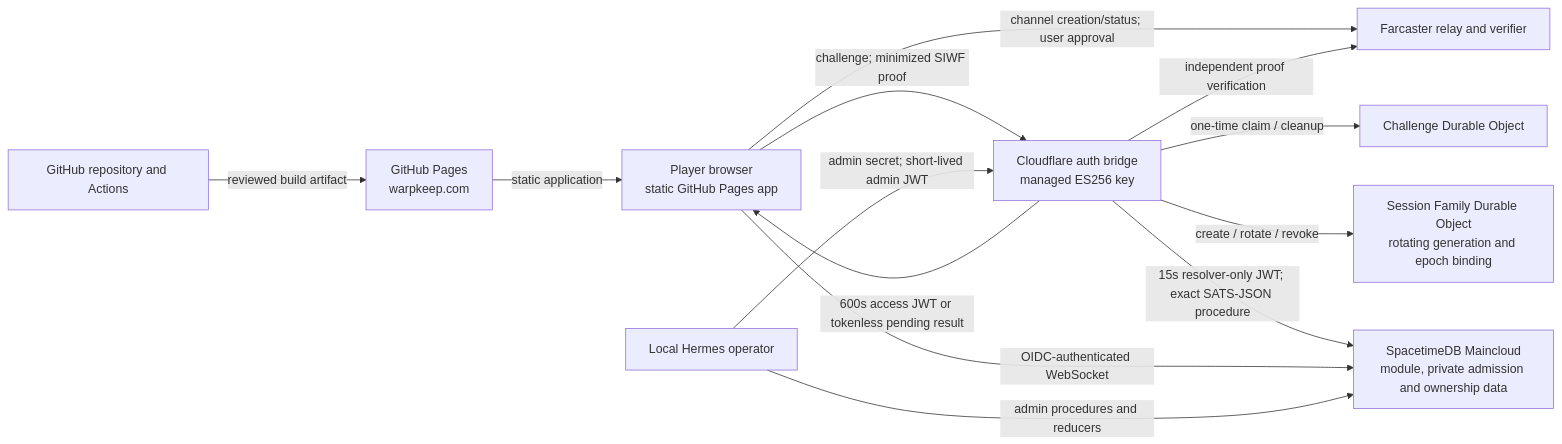
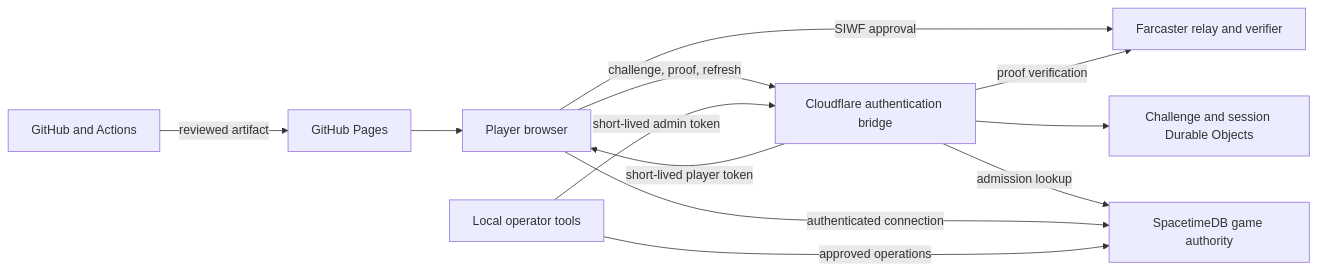
One commit to ael-dev3/Warpkeep changed the diagram in docs/security/threat-model.md. Above: the diagram before and after it, drawn with Mermaid. The commit also changed other lines of this file and 468 other files, not shown here.

````diff
--- a/docs/security/threat-model.md
+++ b/docs/security/threat-model.md
@@ -83,25 +19,23 @@
 ```mermaid
 flowchart LR
-  Browser["Player browser\nstatic GitHub Pages app"]
+  Browser["Player browser"]
   Farcaster["Farcaster relay and verifier"]
-  Bridge["Cloudflare auth bridge\nmanaged ES256 key"]
-  Guard["Challenge Durable Object"]
-  Family["Session Family Durable Object\nrotating generation and epoch binding"]
-  STDB["SpacetimeDB Maincloud\nmodule, private admission and ownership data"]
-  Hermes["Local Hermes operator"]
-  GitHub["GitHub repository and Actions"]
-  Pages["GitHub Pages\nwarpkeep.com"]
+  Bridge["Cloudflare authentication bridge"]
+  Session["Challenge and session Durable Objects"]
+  STDB["SpacetimeDB game authority"]
+  Operator["Local operator tools"]
+  GitHub["GitHub and Actions"]
+  Pages["GitHub Pages"]
 
-  Browser -->|"channel creation/status; user approval"| Farcaster
-  Browser -->|"challenge; minimized SIWF proof"| Bridge
-  Bridge -->|"one-time claim / cleanup"| Guard
-  Bridge -->|"create / rotate / revoke"| Family
-  Bridge -->|"independent proof verification"| Farcaster
-  Bridge -->|"15s resolver-only JWT; exact SATS-JSON procedure"| STDB
-  Bridge -->|"600s access JWT or tokenless pending result"| Browser
-  Browser -->|"OIDC-authenticated WebSocket"| STDB
-  Hermes -->|"admin secret; short-lived admin JWT"| Bridge
-  Hermes -->|"admin procedures and reducers"| STDB
-  GitHub -->|"reviewed build artifact"| Pages
-  Pages -->|"static application"| Browser
+  Browser -->|"SIWF approval"| Farcaster
+  Browser -->|"challenge, proof, refresh"| Bridge
+  Bridge --> Session
+  Bridge -->|"proof verification"| Farcaster
+  Bridge -->|"admission lookup"| STDB
+  Bridge -->|"short-lived player token"| Browser
+  Browser -->|"authenticated connection"| STDB
+  Operator -->|"short-lived admin token"| Bridge
+  Operator -->|"approved operations"| STDB
+  GitHub -->|"reviewed artifact"| Pages
+  Pages --> Browser
 ```
````
